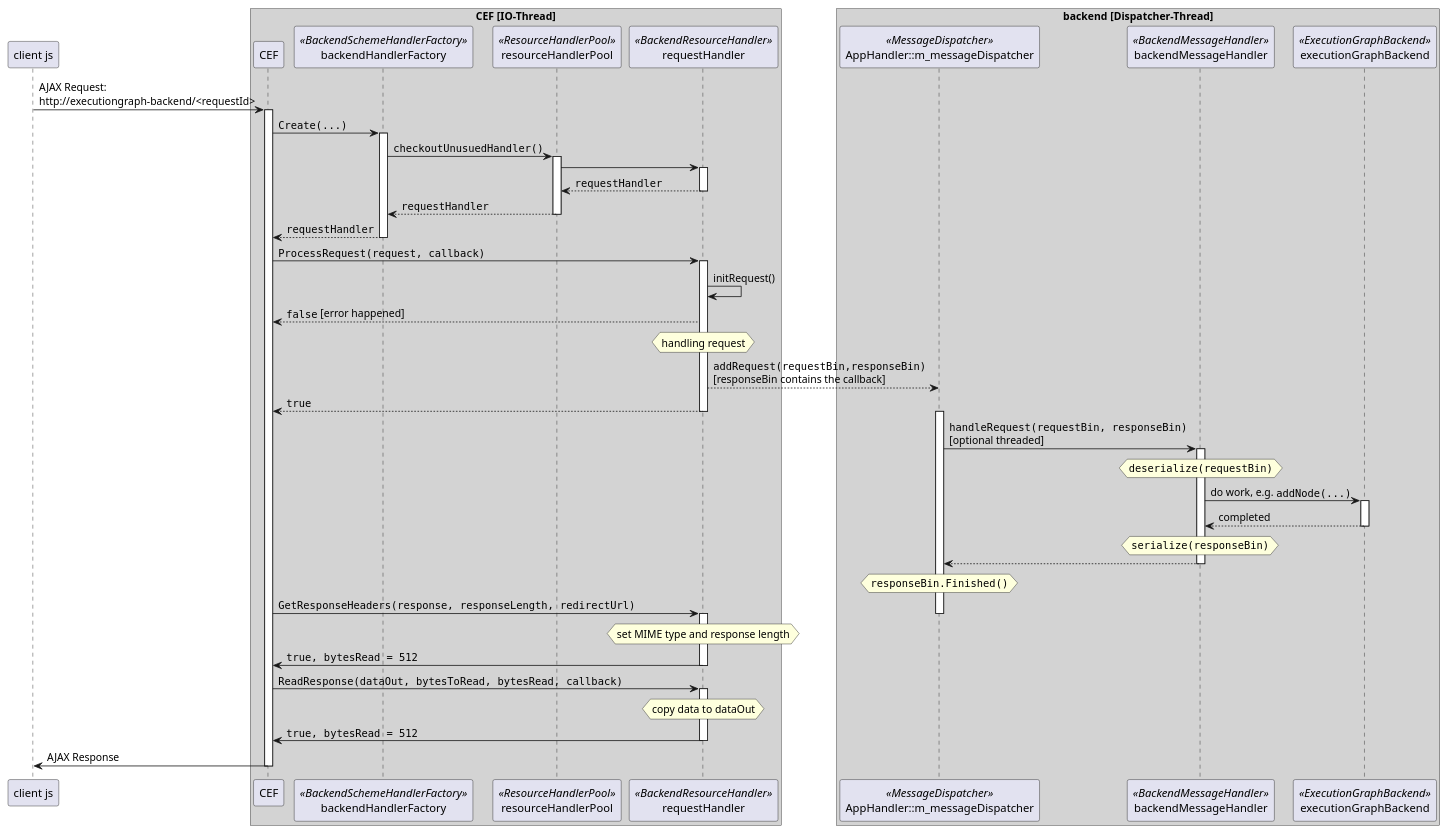
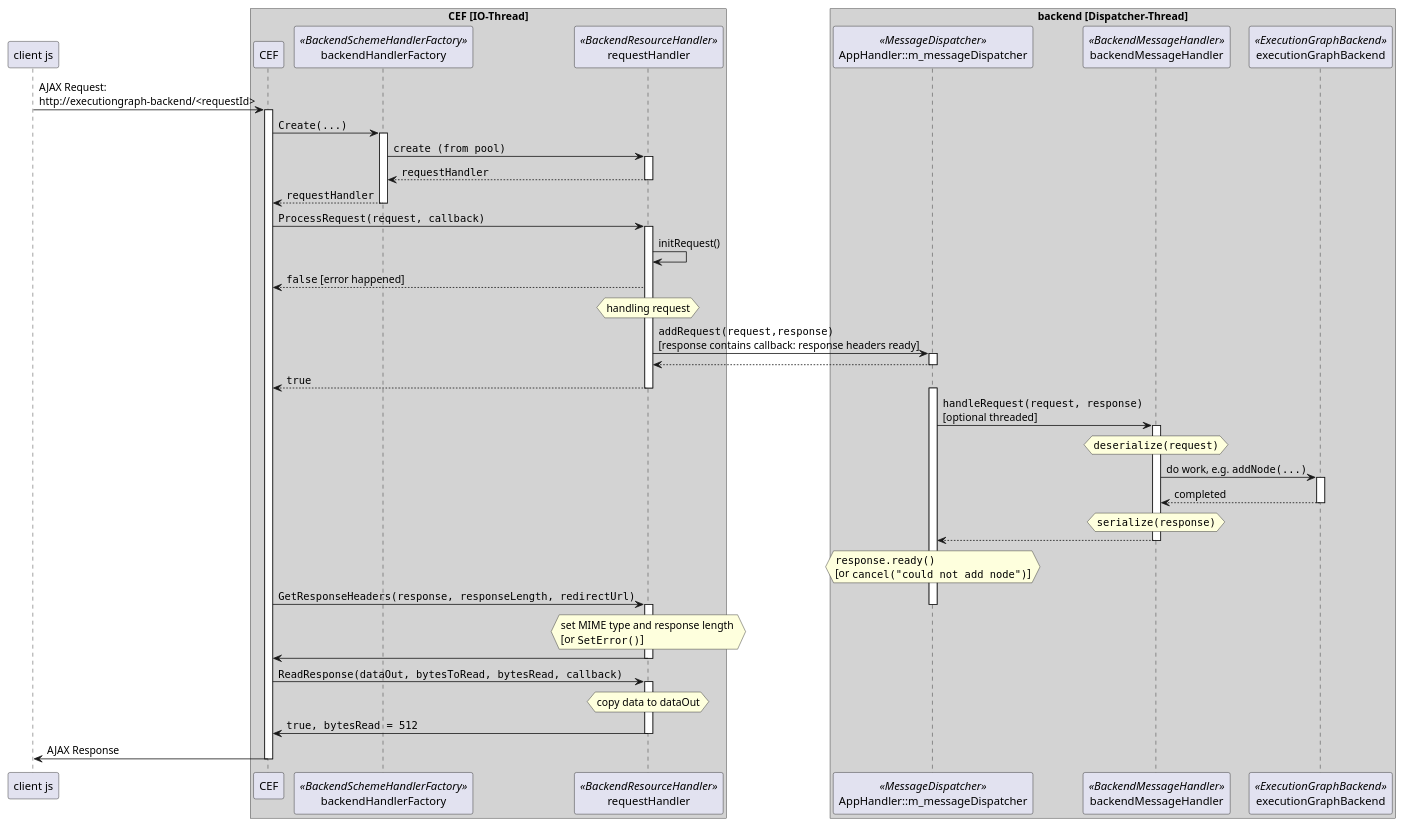
Before and after one commit to gabyx/ExecutionGraph: the diagram in gui/specs/ajax-backend-comm.plantuml, drawn with PlantUML. The commit also changed 4 other files, not shown here.

Commit message:
some thoughts and updated sequence diagram

```diff
--- a/gui/specs/ajax-backend-comm.plantuml
+++ b/gui/specs/ajax-backend-comm.plantuml
@@ -1,72 +1,70 @@
 @startuml
 participant client as "client js"
 
 box "CEF [IO-Thread]" #LightGrey
 participant CEF
 
 participant backendHandlerFactory << BackendSchemeHandlerFactory >>
-participant resourceHandlerPool << ResourceHandlerPool >>
 participant requestHandler << BackendResourceHandler >>
 end box
 
 box "backend [Dispatcher-Thread]" #LightGrey
     participant messageDispatcher as "AppHandler::m_messageDispatcher" <<MessageDispatcher>>
 	participant backendMessageHandler <<BackendMessageHandler>>
     participant executionGraphBackend <<ExecutionGraphBackend>>
 end box
 
 client -> CEF : AJAX Request:\nhttp://executiongraph-backend/<requestId>
 activate CEF
 
     CEF -> backendHandlerFactory : ""Create(...)"" 
     activate backendHandlerFactory
-        backendHandlerFactory -> resourceHandlerPool : ""checkoutUnusuedHandler()""
-        activate resourceHandlerPool
-        resourceHandlerPool -> requestHandler
+        backendHandlerFactory -> requestHandler : ""create (from pool)""
         activate requestHandler
-        resourceHandlerPool <-- requestHandler : ""requestHandler""
+        backendHandlerFactory <-- requestHandler : ""requestHandler""
         deactivate requestHandler
-        backendHandlerFactory <-- resourceHandlerPool : ""requestHandler""
-        deactivate resourceHandlerPool
         CEF <-- backendHandlerFactory : ""requestHandler""
     deactivate backendHandlerFactory
 
     CEF -> requestHandler : ""ProcessRequest(request, callback)""
     activate requestHandler
         requestHandler -> requestHandler : initRequest()
         CEF <-- requestHandler : ""false"" [error happened]
         hnote over requestHandler : handling request
-        requestHandler --> messageDispatcher : ""addRequest(requestBin,responseBin)""\n[responseBin contains the callback]
+        requestHandler -> messageDispatcher : ""addRequest(request,response)""\n[response contains callback: response headers ready]
+        activate messageDispatcher
+        requestHandler <-- messageDispatcher :
+        deactivate messageDispatcher
         CEF <-- requestHandler : ""true""
     deactivate requestHandler
 
     
     activate messageDispatcher
-        messageDispatcher -> backendMessageHandler : ""handleRequest(requestBin, responseBin)""\n[optional threaded]
+        messageDispatcher -> backendMessageHandler : ""handleRequest(request, response)""\n[optional threaded]
         activate backendMessageHandler
-            hnote over backendMessageHandler: ""deserialize(requestBin)""
+            hnote over backendMessageHandler: ""deserialize(request)""
             backendMessageHandler -> executionGraphBackend : do work, e.g. ""addNode(...)""
             activate executionGraphBackend
                 backendMessageHandler <-- executionGraphBackend : completed
             deactivate executionGraphBackend
-            hnote over backendMessageHandler: ""serialize(responseBin)""
+            hnote over backendMessageHandler: ""serialize(response)""
             messageDispatcher <-- backendMessageHandler
         deactivate backendMessageHandler
-    hnote over messageDispatcher: ""responseBin.Finished()""
+    hnote over messageDispatcher: ""response.ready()""\n[or ""cancel("could not add node")""]
 
     CEF -> requestHandler : ""GetResponseHeaders(response, responseLength, redirectUrl)""
     deactivate messageDispatcher 
     activate requestHandler
-        hnote over requestHandler: set MIME type and response length
-        CEF <- requestHandler : ""true, bytesRead = 512""
+        hnote over requestHandler: set MIME type and response length \n[or ""SetError()""]
+        CEF <- requestHandler
     deactivate requestHandler
 
     CEF -> requestHandler : ""ReadResponse(dataOut, bytesToRead, bytesRead, callback)""
     activate requestHandler
         hnote over requestHandler: copy data to dataOut
         CEF <- requestHandler : ""true, bytesRead = 512""
     deactivate requestHandler
 
     CEF -> client : AJAX Response
 deactivate CEF
 @enduml
```
